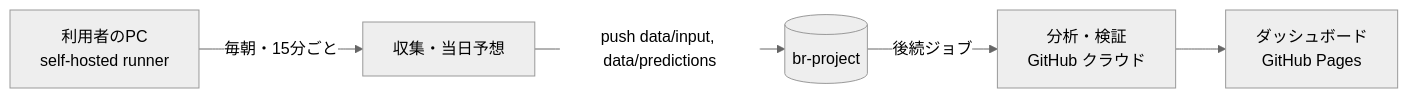
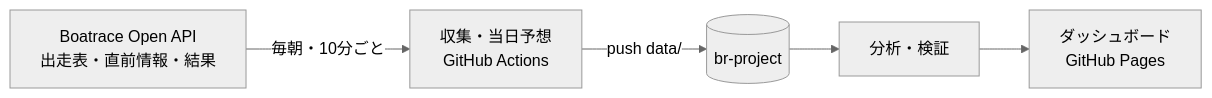
One commit to momokuomomo-crypto/br-project changed the diagram in README.md. Above: the diagram before and after it, drawn with Mermaid (neutral theme). The commit also changed other lines of this file and 7 other files, not shown here.

````diff
--- a/README.md
+++ b/README.md
@@ -12,7 +12,7 @@
 ```mermaid
 flowchart LR
-  PC[利用者のPC<br>self-hosted runner] -->|毎朝・15分ごと| Collect[収集・当日予想]
-  Collect -->|push data/input, data/predictions| Repo[(br-project)]
-  Repo -->|後続ジョブ| Analyze[分析・検証<br>GitHub クラウド]
+  API[Boatrace Open API<br>出走表・直前情報・結果] -->|毎朝・10分ごと| Collect[収集・当日予想<br>GitHub Actions]
+  Collect -->|push data/| Repo[(br-project)]
+  Repo --> Analyze[分析・検証]
   Analyze --> Pages[ダッシュボード<br>GitHub Pages]
 ```
````
